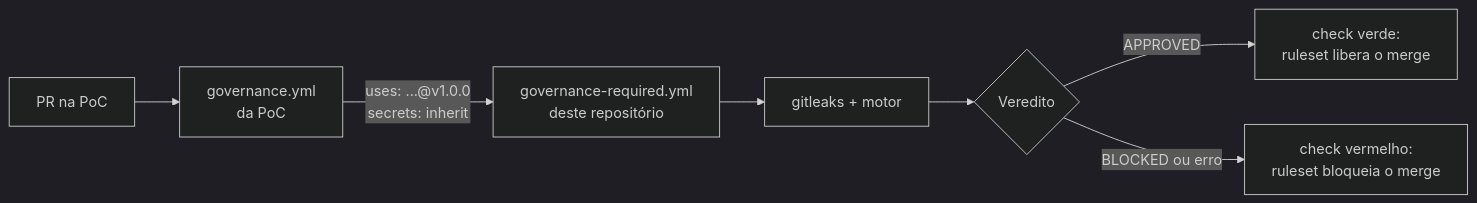
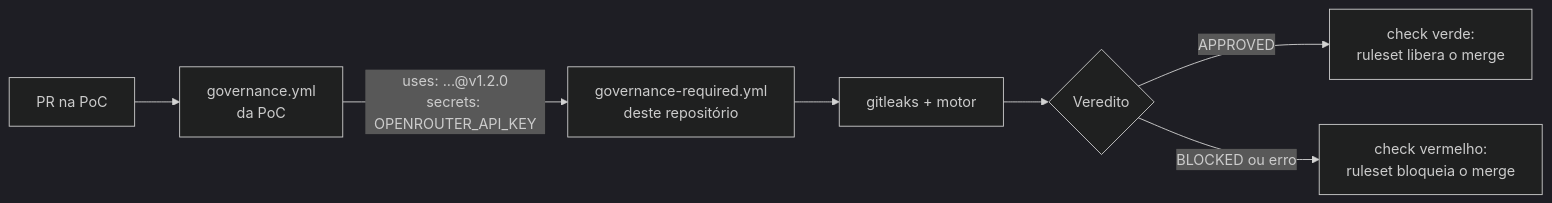
One commit to robertosrjr/governance-policies changed the diagram in README.md. Above: the diagram before and after it, drawn with Mermaid (dark theme). The commit also changed other lines of this file and 16 other files, not shown here.

````diff
--- a/README.md
+++ b/README.md
@@ -87,9 +90,9 @@
 ```mermaid
 flowchart LR
     A[PR na PoC] --> B[governance.yml<br/>da PoC]
-    B -- "uses: ...@v1.0.0<br/>secrets: inherit" --> C[governance-required.yml<br/>deste repositório]
+    B -- "uses: ...@v1.2.0<br/>secrets: OPENROUTER_API_KEY" --> C[governance-required.yml<br/>deste repositório]
     C --> D[gitleaks + motor]
     D --> E{Veredito}
     E -- APPROVED --> F[check verde:<br/>ruleset libera o merge]
     E -- BLOCKED ou erro --> G[check vermelho:<br/>ruleset bloqueia o merge]
 ```
````
